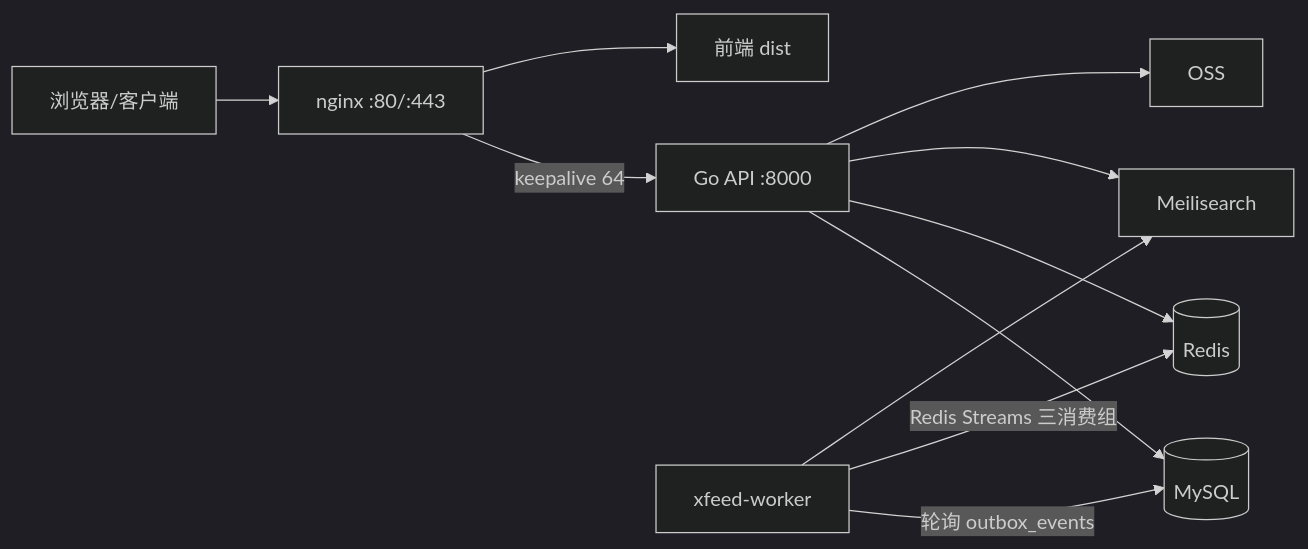
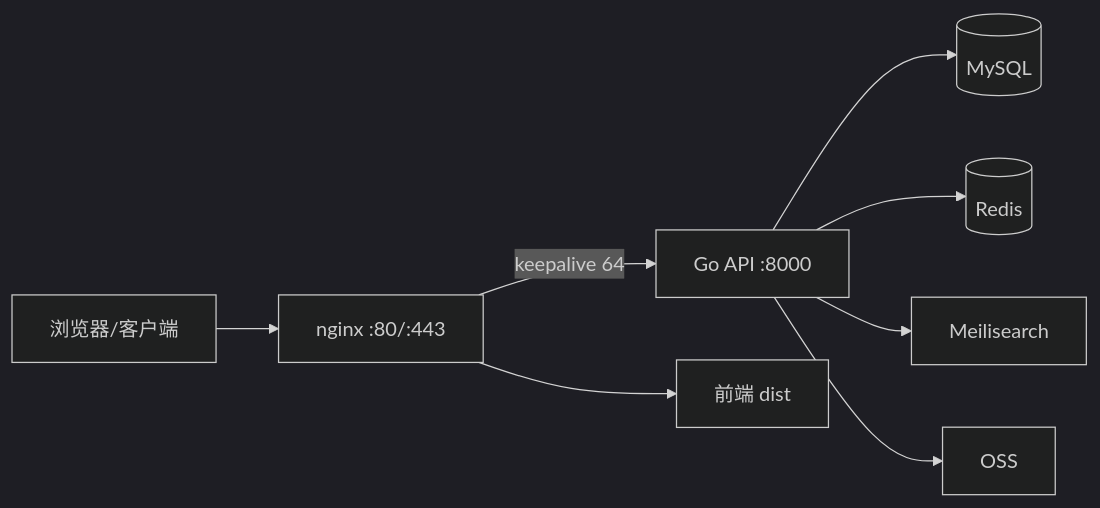
One commit to Muelsyse030/XFeedSystem changed the diagram in README.md. Above: the diagram before and after it, drawn with Mermaid (dark theme). The commit also changed other lines of this file and 22 other files, not shown here.

````diff
--- a/README.md
+++ b/README.md
@@ -18,13 +17,10 @@
 ```mermaid
 graph LR
     U[浏览器/客户端] --> N[nginx :80/:443]
     N -->|keepalive 64| A[Go API :8000]
     A --> M[(MySQL)]
     A --> R[(Redis)]
     A --> S[Meilisearch]
     A --> O[OSS]
     N --> D[前端 dist]
-    W[xfeed-worker] -->|轮询 outbox_events| M
-    W -->|Redis Streams 三消费组| R
-    W --> S
 ```
````
